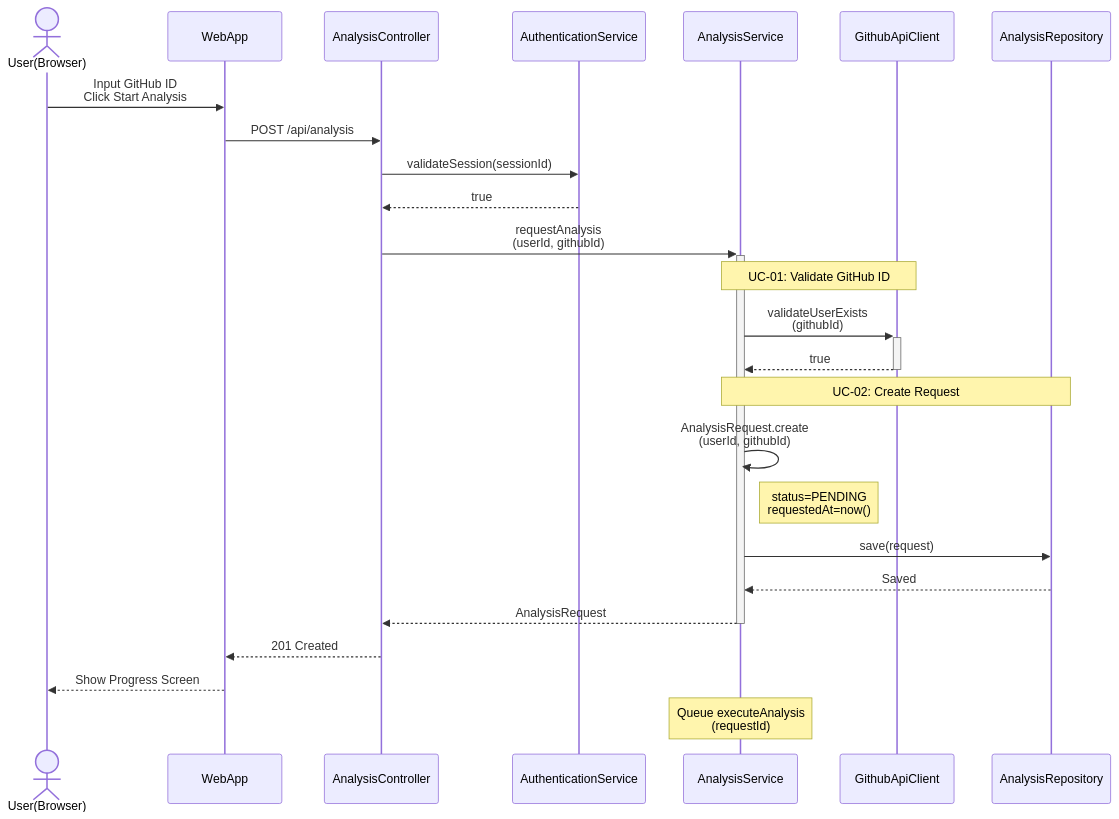
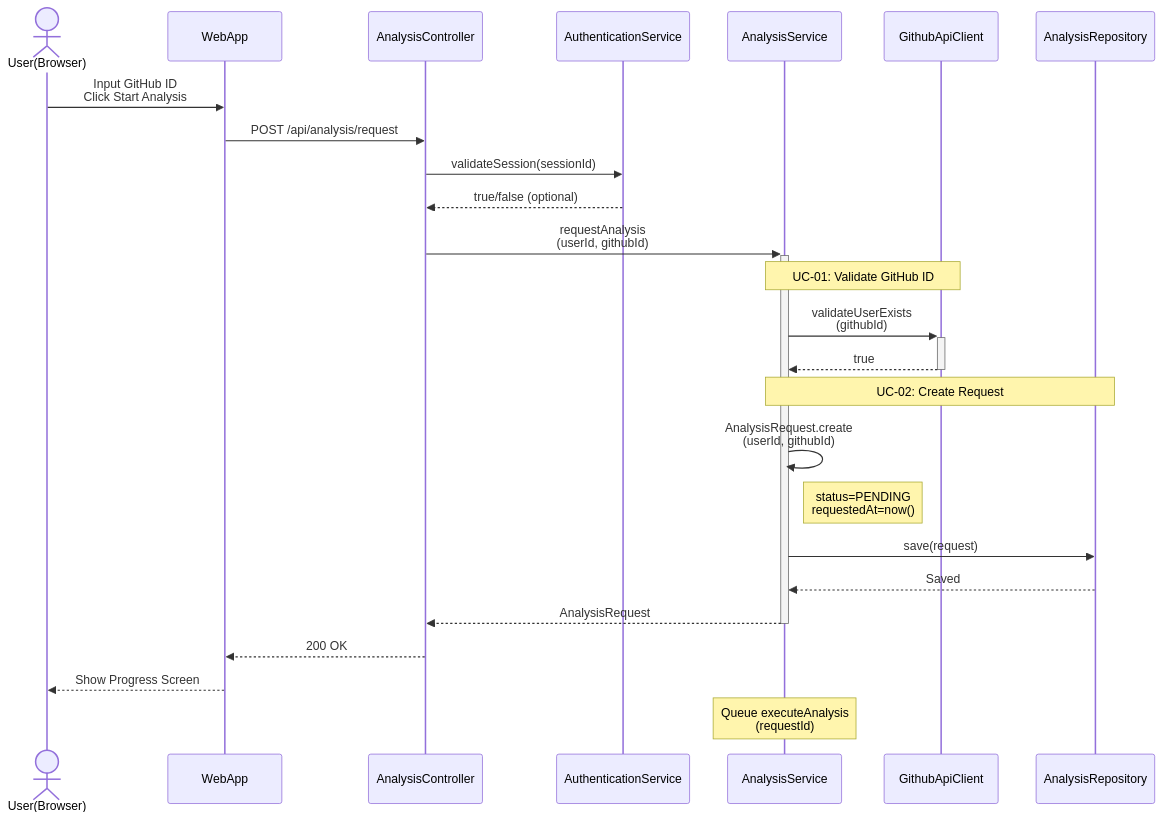
Before and after one commit to NotHyoone/OSS_Design: diagram 12 of 15 in Design_[22212046_안효원].md, drawn with Mermaid. The commit also changed other lines of this file and 5 other files, not shown here.

````diff
--- a/Design_[22212046_안효원].md
+++ b/Design_[22212046_안효원].md
@@ -1633,33 +1623,33 @@
 ```mermaid
 sequenceDiagram
     actor User as User(Browser)
     participant WebApp as WebApp
     participant AnalysisCtrl as AnalysisController
     participant AuthSvc as AuthenticationService
     participant AnalysisSvc as AnalysisService
     participant GithubClient as GithubApiClient
     participant Repo as AnalysisRepository
 
     User->>WebApp: Input GitHub ID<br/>Click Start Analysis
-    WebApp->>AnalysisCtrl: POST /api/analysis
+    WebApp->>AnalysisCtrl: POST /api/analysis/request
     AnalysisCtrl->>AuthSvc: validateSession(sessionId)
-    AuthSvc-->>AnalysisCtrl: true
+    AuthSvc-->>AnalysisCtrl: true/false (optional)
 
     AnalysisCtrl->>+AnalysisSvc: requestAnalysis<br/>(userId, githubId)
 
     Note over AnalysisSvc,GithubClient: UC-01: Validate GitHub ID
     AnalysisSvc->>+GithubClient: validateUserExists<br/>(githubId)
     GithubClient-->>-AnalysisSvc: true
 
     Note over AnalysisSvc,Repo: UC-02: Create Request
     AnalysisSvc->>AnalysisSvc: AnalysisRequest.create<br/>(userId, githubId)
     Note right of AnalysisSvc: status=PENDING<br/>requestedAt=now()
     AnalysisSvc->>Repo: save(request)
     Repo-->>AnalysisSvc: Saved
     AnalysisSvc-->>-AnalysisCtrl: AnalysisRequest
 
-    AnalysisCtrl-->>WebApp: 201 Created
+    AnalysisCtrl-->>WebApp: 200 OK
     WebApp-->>User: Show Progress Screen
 
     Note over AnalysisSvc: Queue executeAnalysis<br/>(requestId)
 ```
````
